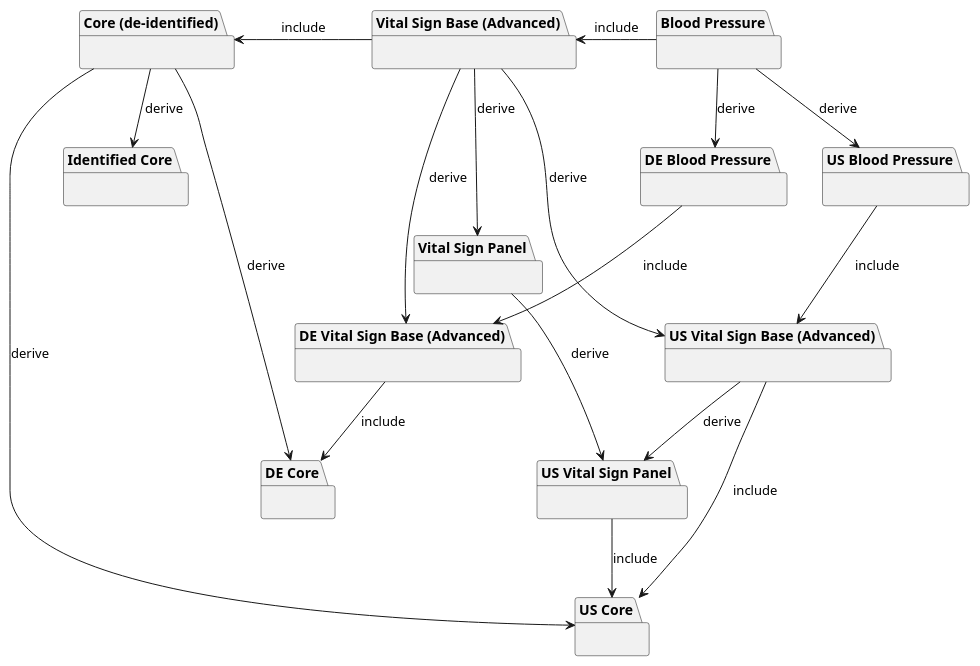
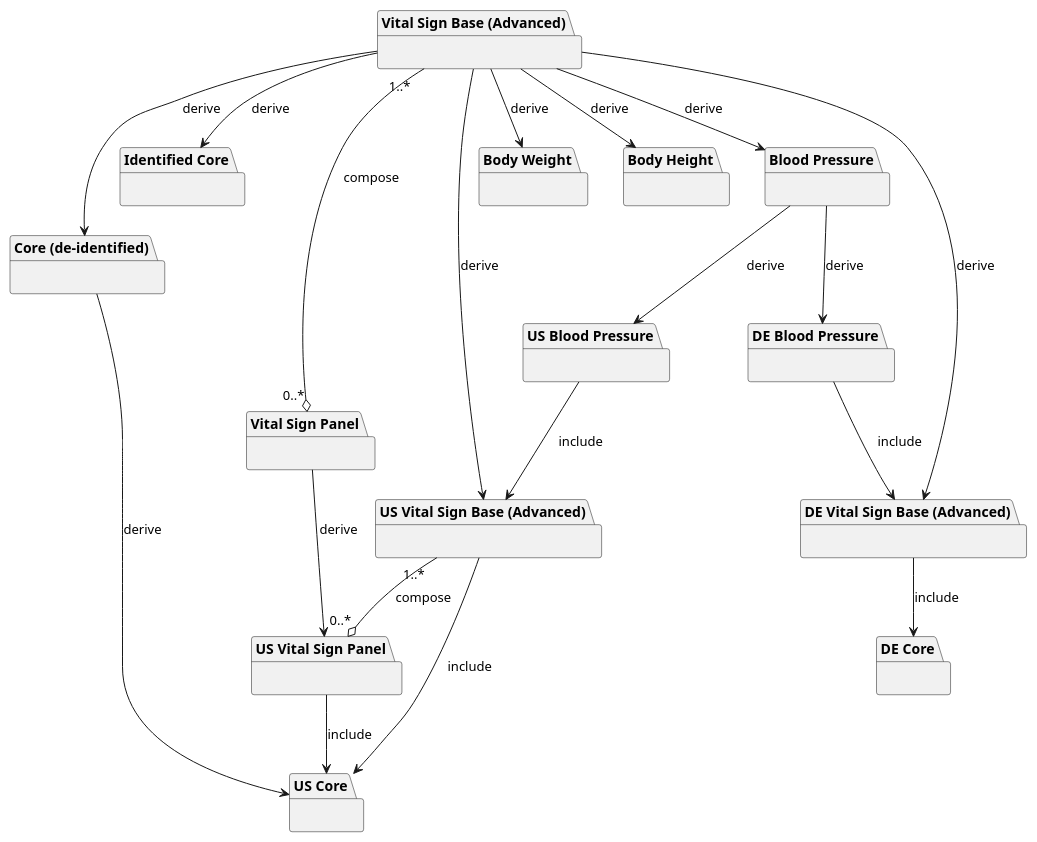
Before and after one commit to frankoemig/vital-signs-demo: the diagram in input/images-source/profile_hierarchy.plantuml, drawn with PlantUML. The commit also changed 1 other file, not shown here.

```diff
--- a/input/images-source/profile_hierarchy.plantuml
+++ b/input/images-source/profile_hierarchy.plantuml
@@ -1,70 +1,76 @@
 @startuml
 
 package "Core (de-identified)" as pkg0 {
 }
 
 package "Identified Core" as pkg0a {
 
 }
-
-pkg0 --> pkg0a : derive
 
 package "US Core" as pkg0us {
 }
 
 package "DE Core" as pkg0de {
 }
 
 package "Vital Sign Base (Advanced)" as pkg1 {
 }
 
+pkg1 --> pkg0a : derive
+
 package "Vital Sign Panel" as pkg1a {
 
 }
 
-pkg1 --> pkg1a : derive
+pkg1 "1..*" --o "0..*" pkg1a : compose
 
 package "Blood Pressure" as pkg2 {
+}
+
+package "Body Weight" as pkg3 {
+}
+package "Body Height" as pkg4 {
 }
 
 package "US Vital Sign Base (Advanced)" as pkg1us {
 }
 
 package "US Vital Sign Panel" as pkg1usA {
 
 }
 
-pkg1us --> pkg1usA : derive
+pkg1us "1..*" --o "0..*" pkg1usA : compose
 pkg1a --> pkg1usA : derive
 
 package "US Blood Pressure" as pkg2us {
 }
 
 package "DE Vital Sign Base (Advanced)" as pkg1de {
 }
 
 package "DE Blood Pressure" as pkg2de {
 }
 
 pkg0 --> pkg0us : derive
-pkg0 --> pkg0de : derive
 
 pkg1 --> pkg1us : derive
 pkg1 --> pkg1de : derive
 
 pkg2 --> pkg2us : derive
 pkg2 --> pkg2de : derive
 
-pkg1 -left-> pkg0 : include
-pkg2 -left-> pkg1 : include
+pkg1 -down-> pkg0 : derive
+pkg1 -down-> pkg2 : derive
+pkg1 -down-> pkg3 : derive
+pkg1 -down-> pkg4 : derive
 
 pkg1us --> pkg0us : include
 pkg1de --> pkg0de : include
 
 pkg2us --> pkg1us : include
 pkg2de --> pkg1de : include
 
 pkg1usA --> pkg0us : include
 
 
 @enduml
```
